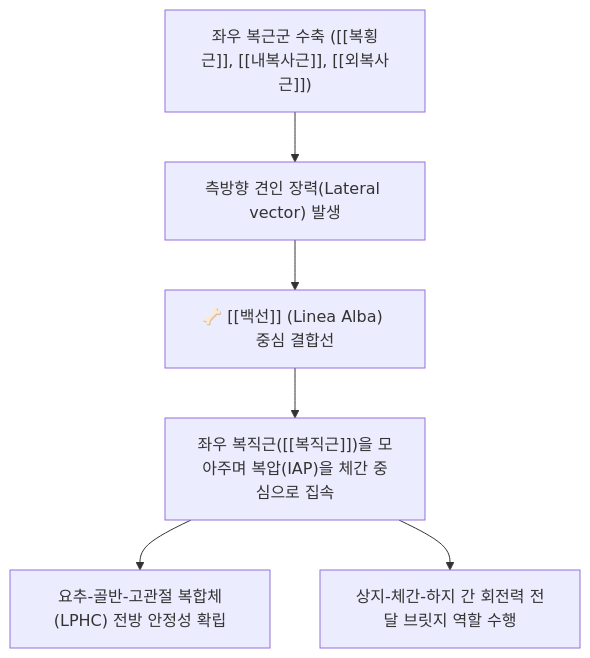
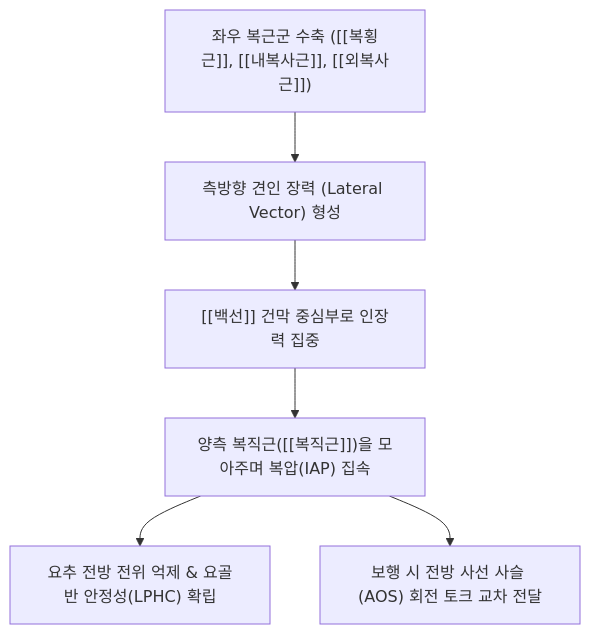
The second of 2 diagrams in content/1. 근골격계 공부/골격/03_흉곽·체간/백선.md (simbio11/simbio-digital-garden2), drawn with Mermaid before and after one commit. The commit also changed other lines of this file and 149 other files, not shown here.

````diff
--- a/content/1. 근골격계 공부/골격/03_흉곽·체간/백선.md
+++ b/content/1. 근골격계 공부/골격/03_흉곽·체간/백선.md
@@ -53,10 +64,9 @@
 ```mermaid
 graph TD
-    AbdoMuscles["좌우 복근군 수축 ([[복횡근]], [[내복사근]], [[외복사근]])"] --> LateralTension["측방향 견인 장력(Lateral vector) 발생"]
-
-    LateralTension --> LineaAlba["🦴 [[백선]] (Linea Alba) 중심 결합선"]
-    LineaAlba --> Transmit["좌우 복직근([[복직근]])을 모아주며 복압(IAP)을 체간 중심으로 집속"]
-
-    Transmit --> LumbarStab["요추-골반-고관절 복합체(LPHC) 전방 안정성 확립"]
-    Transmit --> KineticChain["상지-체간-하지 간 회전력 전달 브릿지 역할 수행"]
+    LateralMuscles["좌우 복근군 수축 ([[복횡근]], [[내복사근]], [[외복사근]])"] --> LateralPull["측방향 견인 장력 (Lateral Vector) 형성"]
+    LateralPull --> LineaAlba["[[백선]] 건막 중심부로 인장력 집중"]
+    
+    LineaAlba --> StabilizeRectus["양측 복직근([[복직근]])을 모아주며 복압(IAP) 집속"]
+    StabilizeRectus --> LumbarStabilization["요추 전방 전위 억제 & 요골반 안정성(LPHC) 확립"]
+    StabilizeRectus --> ObliqueSling["보행 시 전방 사선 사슬 (AOS) 회전 토크 교차 전달"]
 ```
````
